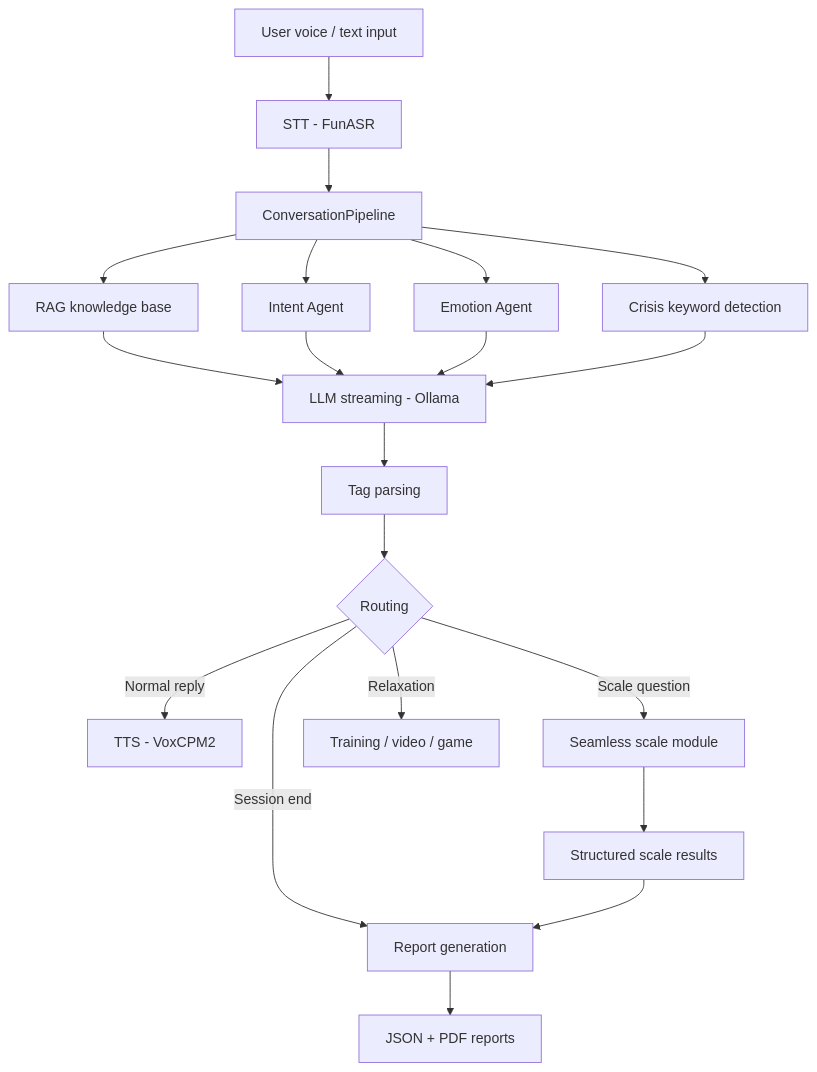
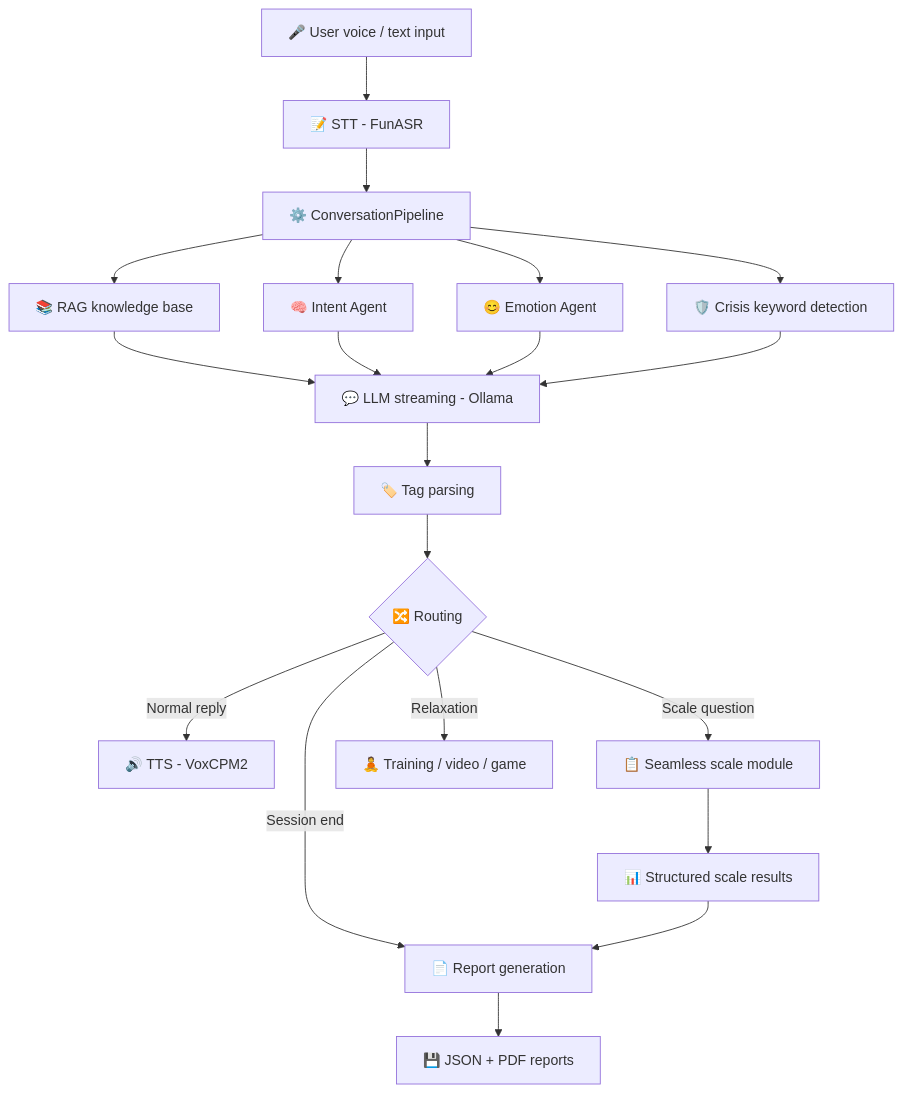
One commit to jersery66/voicechat3 changed the third of 4 diagrams in README.md. Above: the diagram before and after it, drawn with Mermaid. The commit also changed other lines of this file, not shown here.

````diff
--- a/README.md
+++ b/README.md
@@ -450,22 +605,22 @@
 ```mermaid
 flowchart TD
-    A[User voice / text input] --> B[STT - FunASR]
-    B --> C[ConversationPipeline]
-    C --> D[Intent Agent]
-    C --> E[Emotion Agent]
-    C --> F[Crisis keyword detection]
-    C --> G[RAG knowledge base]
-    G --> H[LLM streaming - Ollama]
+    A[🎤 User voice / text input] --> B[📝 STT - FunASR]
+    B --> C[⚙️ ConversationPipeline]
+    C --> D[🧠 Intent Agent]
+    C --> E[😊 Emotion Agent]
+    C --> F[🛡️ Crisis keyword detection]
+    C --> C2[📚 RAG knowledge base]
+    C2 --> H[💬 LLM streaming - Ollama]
     D --> H
     E --> H
     F --> H
-    H --> I[Tag parsing]
-    I --> J{Routing}
-    J -->|Normal reply| K[TTS - VoxCPM2]
-    J -->|Scale question| L[Seamless scale module]
-    J -->|Relaxation| M[Training / video / game]
-    J -->|Session end| N[Report generation]
-    L --> O[Structured scale results]
+    H --> I[🏷️ Tag parsing]
+    I --> J{🔀 Routing}
+    J -->|Normal reply| K[🔊 TTS - VoxCPM2]
+    J -->|Scale question| L[📋 Seamless scale module]
+    J -->|Relaxation| M[🧘 Training / video / game]
+    J -->|Session end| N[📄 Report generation]
+    L --> O[📊 Structured scale results]
     O --> N
-    N --> P[JSON + PDF reports]
+    N --> P[💾 JSON + PDF reports]
 ```
````
